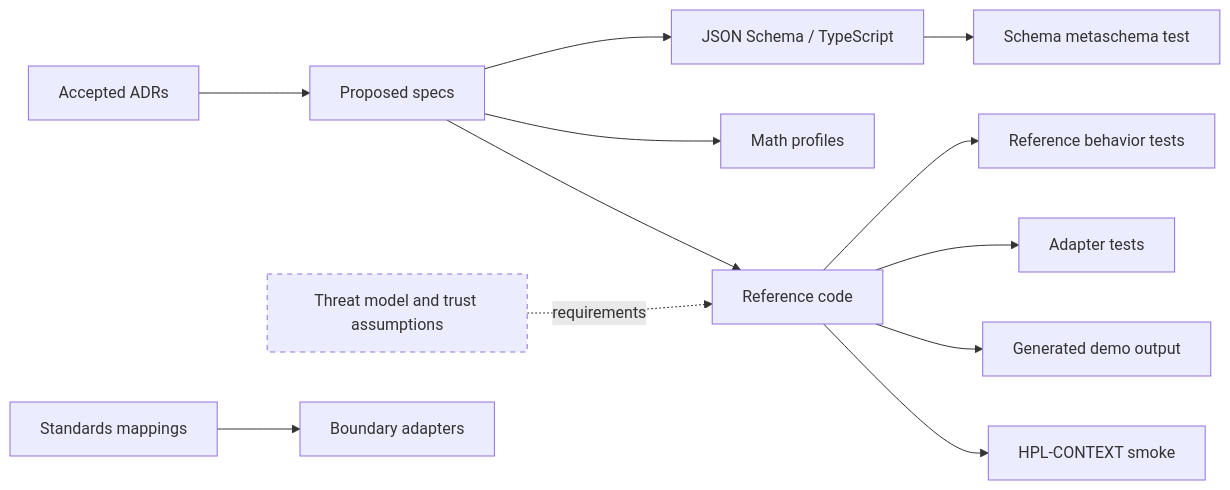
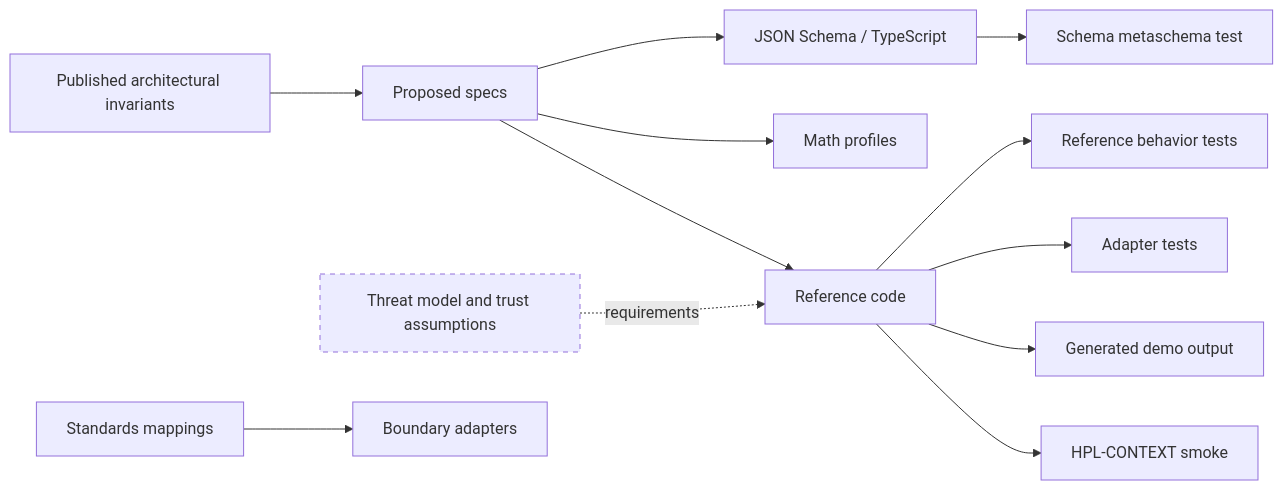
The second of 4 diagrams in IMPLEMENTATION_GRAPH.md (Balnce-AI/personal-world-models), drawn with Mermaid before and after one commit. The commit also changed other lines of this file and 17 other files, not shown here.

````diff
--- a/IMPLEMENTATION_GRAPH.md
+++ b/IMPLEMENTATION_GRAPH.md
@@ -118,17 +118,17 @@
 ```mermaid
 flowchart LR
-    ADR[Accepted ADRs] --> SPEC[Proposed specs]
+    INV[Published architectural invariants] --> SPEC[Proposed specs]
     SPEC --> SCH[JSON Schema / TypeScript]
     SPEC --> MATH[Math profiles]
     SPEC --> CODE[Reference code]
     SCH --> ST[Schema metaschema test]
     CODE --> RT[Reference behavior tests]
     CODE --> AT[Adapter tests]
     CODE --> DEMO[Generated demo output]
     CODE --> BENCH[HPL-CONTEXT smoke]
     SEC[Threat model and trust assumptions] -. requirements .-> CODE
     STD[Standards mappings] --> AD[Boundary adapters]
 
     classDef gap stroke-dasharray: 5 5;
     SEC:::gap
 ```
````
